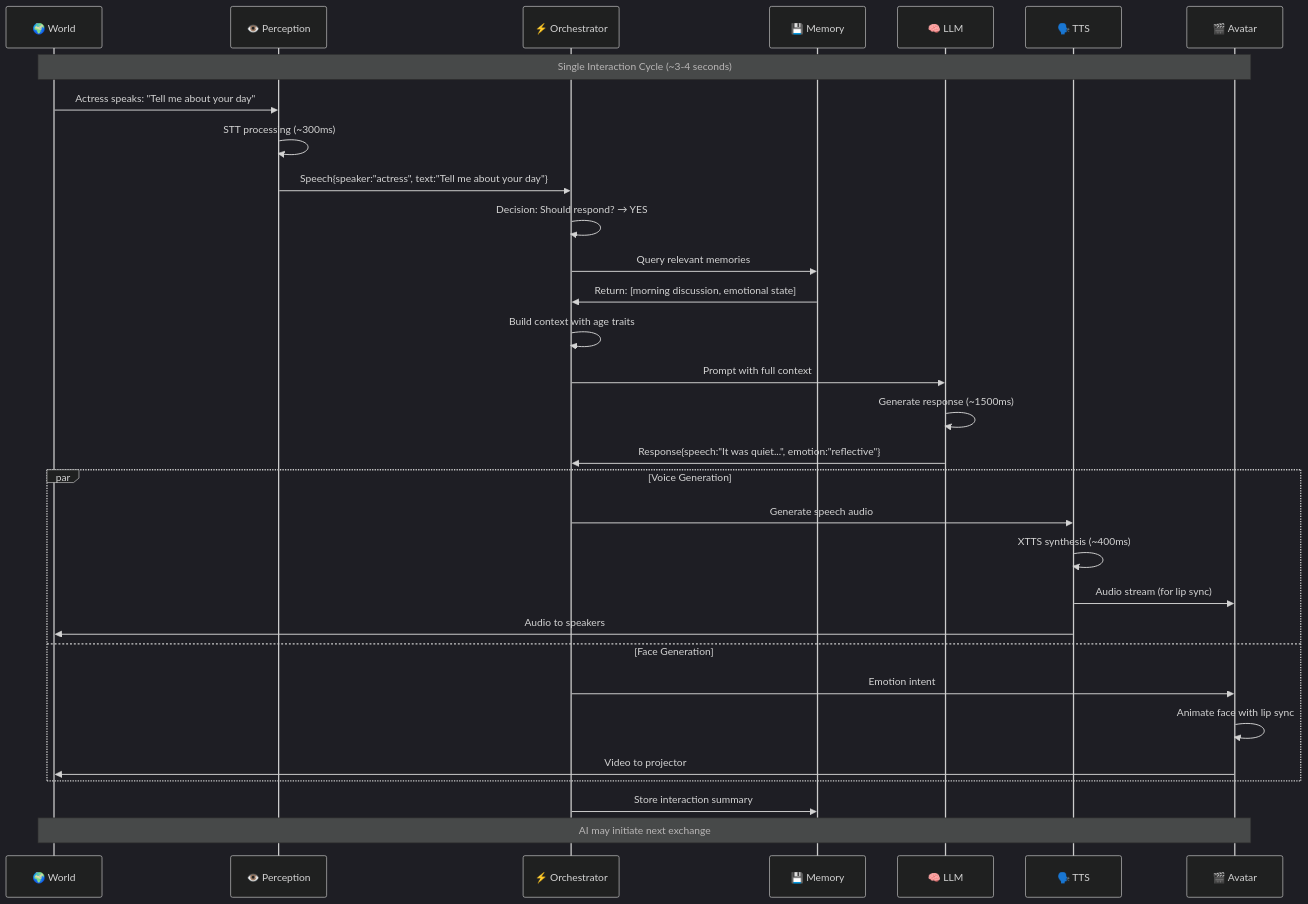
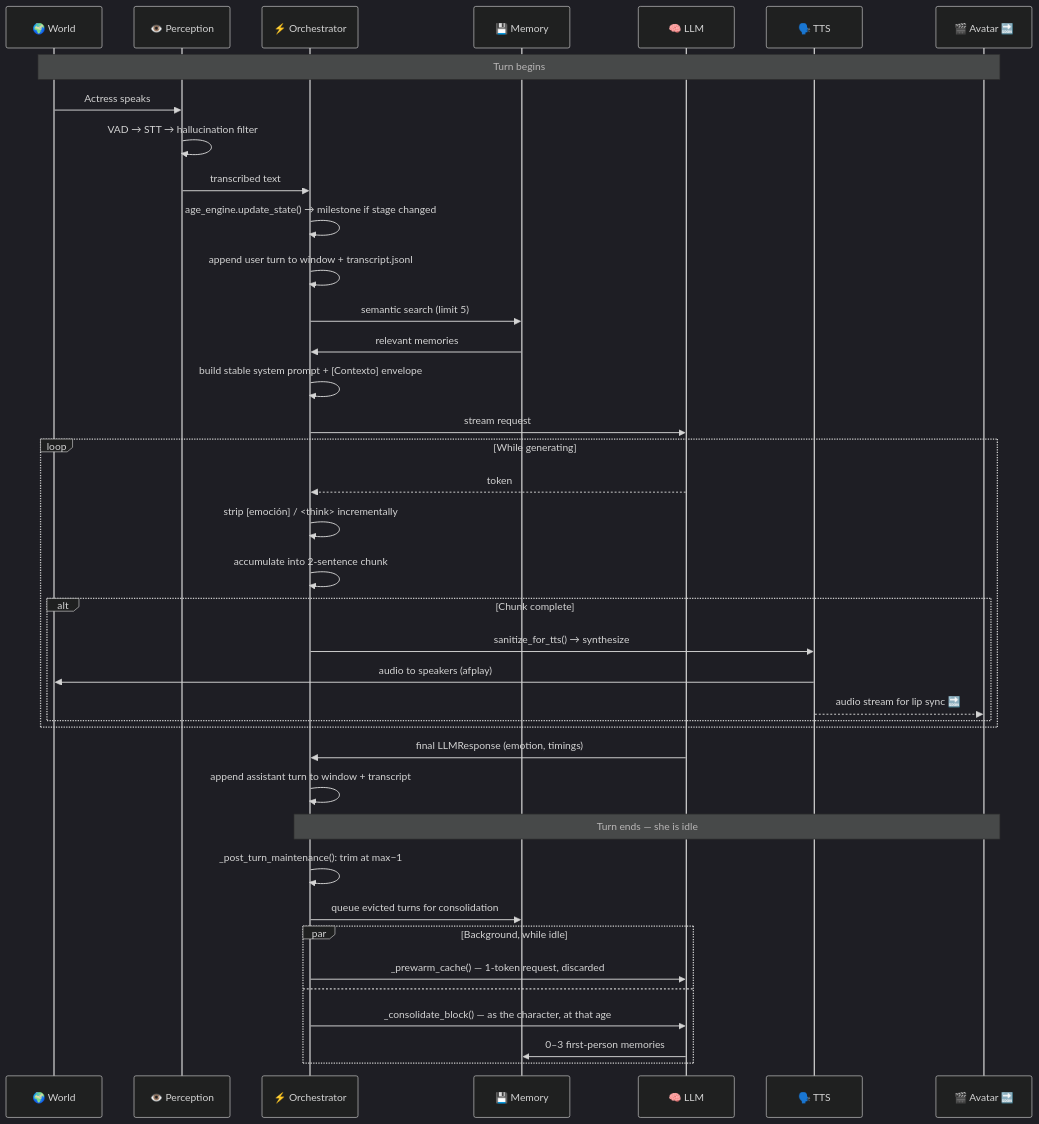
The eighth of 10 diagrams in ARCHITECTURE.md (sgl-a/Indira), drawn with Mermaid (dark theme) before and after one commit. The commit also changed other lines of this file and 10 other files, not shown here.

Commit message:
Updated Architecture and Tech Stack. Updated Readme for accurate installation

````diff
--- a/ARCHITECTURE.md
+++ b/ARCHITECTURE.md
@@ -410,40 +480,46 @@
 ```mermaid
 sequenceDiagram
     participant W as 🌍 World
     participant P as 👁️ Perception
     participant O as ⚡ Orchestrator
     participant M as 💾 Memory
     participant L as 🧠 LLM
     participant T as 🗣️ TTS
-    participant A as 🎬 Avatar
-    
-    Note over W,A: Single Interaction Cycle (~3-4 seconds)
-    
-    W->>P: Actress speaks: "Tell me about your day"
-    P->>P: STT processing (~300ms)
-    P->>O: Speech{speaker:"actress", text:"Tell me about your day"}
-    
-    O->>O: Decision: Should respond? → YES
-    O->>M: Query relevant memories
-    M->>O: Return: [morning discussion, emotional state]
-    O->>O: Build context with age traits
-    
-    O->>L: Prompt with full context
-    L->>L: Generate response (~1500ms)
-    L->>O: Response{speech:"It was quiet...", emotion:"reflective"}
-    
-    par Voice Generation
-        O->>T: Generate speech audio
-        T->>T: XTTS synthesis (~400ms)
-        T->>A: Audio stream (for lip sync)
-        T->>W: Audio to speakers
-    and Face Generation  
-        O->>A: Emotion intent
-        A->>A: Animate face with lip sync
-        A->>W: Video to projector
+    participant A as 🎬 Avatar 🔜
+
+    Note over W,A: Turn begins
+    W->>P: Actress speaks
+    P->>P: VAD → STT → hallucination filter
+    P->>O: transcribed text
+
+    O->>O: age_engine.update_state() → milestone if stage changed
+    O->>O: append user turn to window + transcript.jsonl
+    O->>M: semantic search (limit 5)
+    M->>O: relevant memories
+    O->>O: build stable system prompt + [Contexto] envelope
+
+    O->>L: stream request
+    loop While generating
+        L-->>O: token
+        O->>O: strip [emoción] / <think> incrementally
+        O->>O: accumulate into 2-sentence chunk
+        alt Chunk complete
+            O->>T: sanitize_for_tts() → synthesize
+            T->>W: audio to speakers (afplay)
+            T-->>A: audio stream for lip sync 🔜
+        end
     end
-    
-    O->>M: Store interaction summary
-    
-    Note over W,A: AI may initiate next exchange
+    L->>O: final LLMResponse (emotion, timings)
+
+    O->>O: append assistant turn to window + transcript
+    Note over O,A: Turn ends — she is idle
+
+    O->>O: _post_turn_maintenance(): trim at max−1
+    O->>M: queue evicted turns for consolidation
+    par Background, while idle
+        O->>L: _prewarm_cache() — 1-token request, discarded
+    and
+        O->>L: _consolidate_block() — as the character, at that age
+        L->>M: 0–3 first-person memories
+    end
 ```
````
